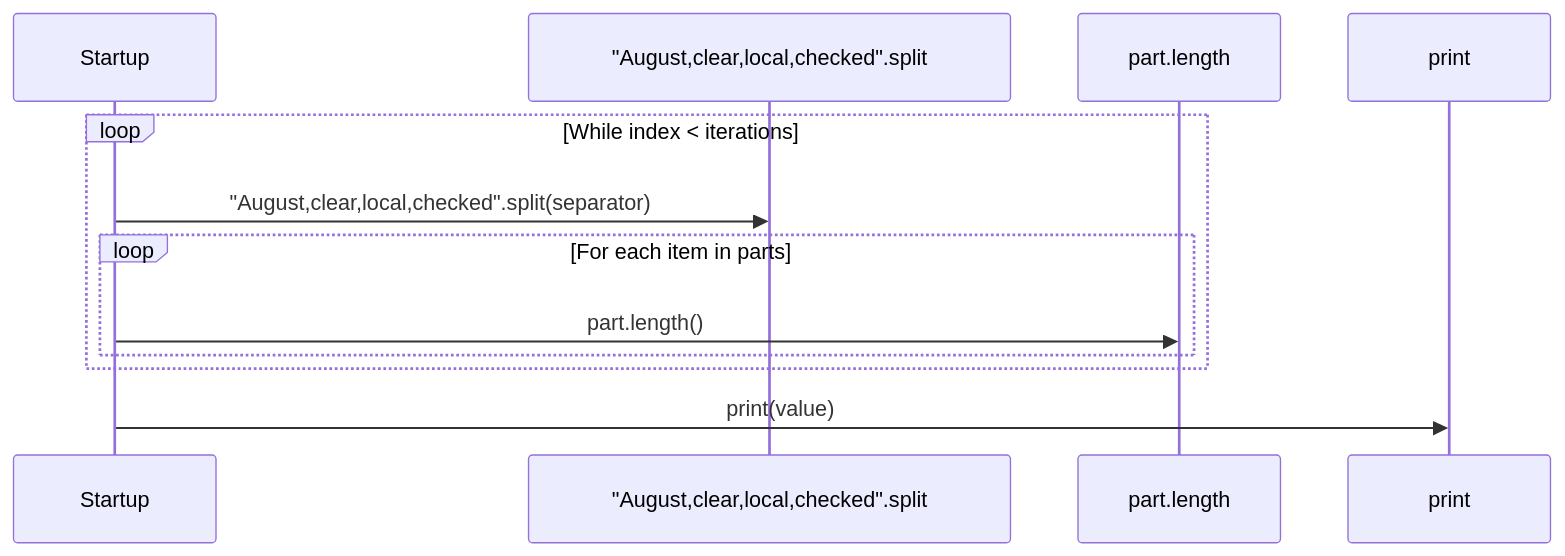
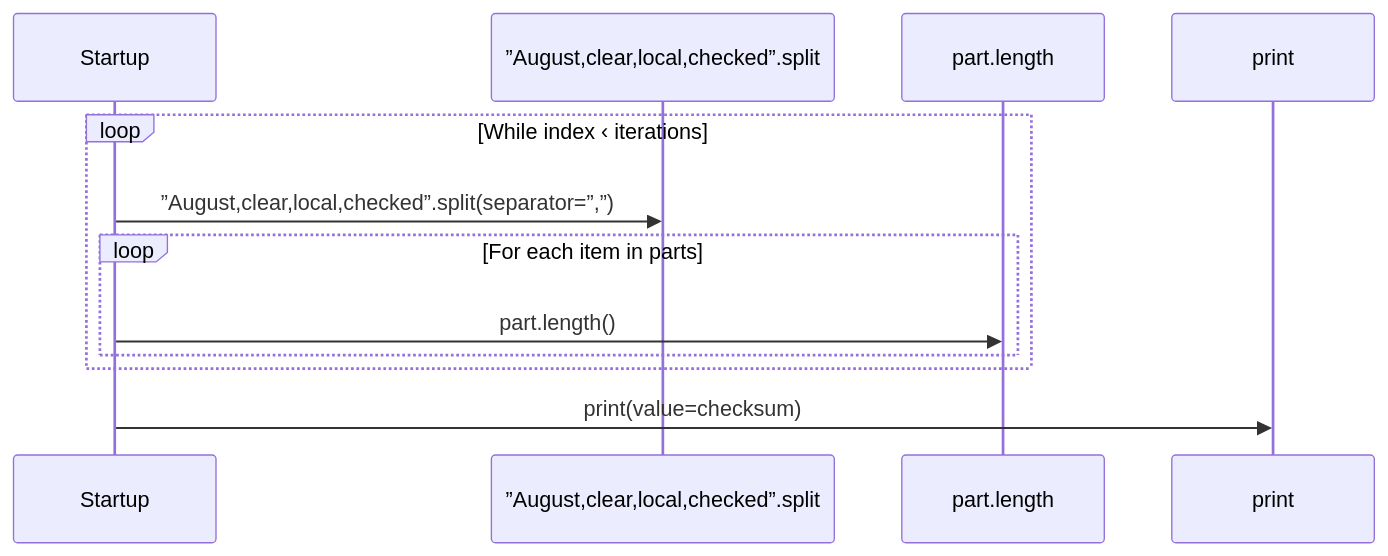
Before and after one commit to GreenPandaStudios/augscript: the diagram in benchmarks/strings/main.aug.diagrams.md, drawn with Mermaid. The commit also changed other lines of this file and 524 other files, not shown here.

Commit message:
Explain checked data flow at folder and service levels

````diff
--- a/benchmarks/strings/main.aug.diagrams.md
+++ b/benchmarks/strings/main.aug.diagrams.md
@@ -25,14 +18,14 @@
 ```mermaid
 sequenceDiagram
     participant p0 as Startup
-    participant p1 as #34;August,clear,local,checked#34;.split
+    participant p1 as ”August,clear,local,checked”.split
     participant p2 as part.length
     participant p3 as print
-    loop While index #60; iterations
-    p0->>p1: #34;August,clear,local,checked#34;.split(separator)
+    loop While index ‹ iterations
+    p0->>p1: ”August,clear,local,checked”.split(separator=”,”)
     loop For each item in parts
     p0->>p2: part.length()
     end
     end
-    p0->>p3: print(value)
+    p0->>p3: print(value=checksum)
 ```
````
